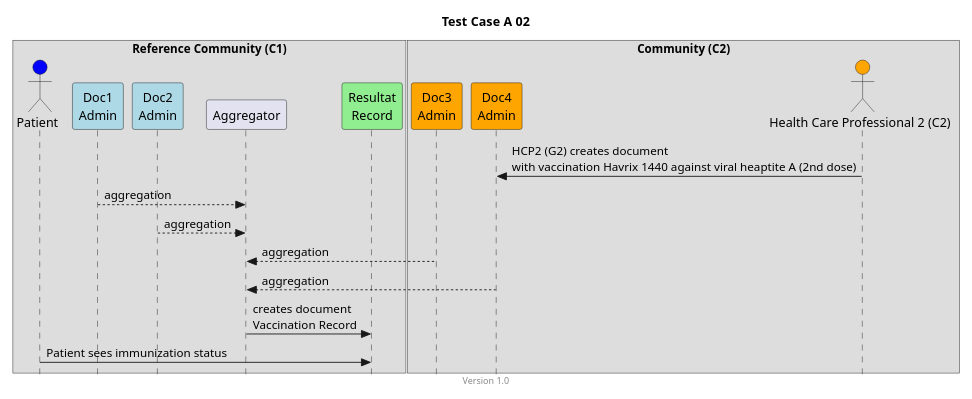
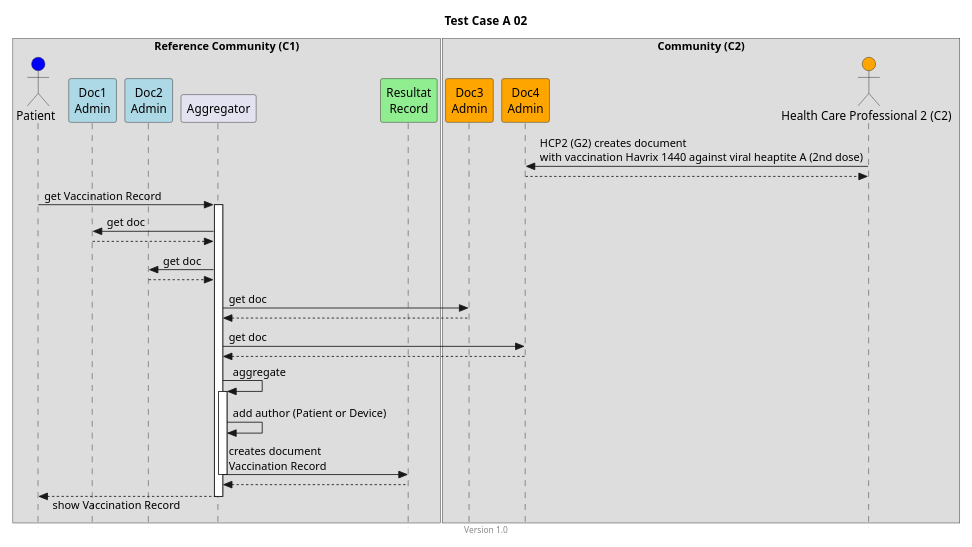
One commit to hl7ch/ch-vacd changed the diagram in input/images-source/TCA02.plantuml. Above: the diagram before and after it, drawn with PlantUML. The commit also changed 59 other files, not shown here.

Commit message:
#190 rework sequence diagrams fro TestCase Axy

```diff
--- a/input/images-source/TCA02.plantuml
+++ b/input/images-source/TCA02.plantuml
@@ -1,33 +1,50 @@
 @startuml
 title Test Case A 02
 footer Version 1.0
 skinparam responseMessageBelowArrow true
 skinparam style strictuml
 scale max 800 width
 
 
 box "Reference Community (C1)"
 actor "Patient" as PAT #blue
 participant "Doc1\nAdmin" as Doc1 #lightblue
 participant "Doc2\nAdmin" as Doc2  #lightblue
 participant Aggregator as AGG
 participant "Resultat\nRecord" as RES #lightgreen
 end box
 
 box "Community (C2)"
 participant "Doc3\nAdmin" as Doc3 #orange
 participant "Doc4\nAdmin" as Doc4 #orange
 actor "Health Care Professional 2 (C2)" as HCP2_C2 #orange
 end box
 
 HCP2_C2 -> Doc4: HCP2 (G2) creates document\nwith vaccination Havrix 1440 against viral heaptite A (2nd dose)
+HCP2_C2 <-- Doc4
 
-Doc1 --> AGG: aggregation
-Doc2 --> AGG: aggregation
-Doc3 --> AGG: aggregation
-Doc4 --> AGG: aggregation
-AGG -> RES: creates document\nVaccination Record 
-PAT -> RES: Patient sees immunization status
+PAT -> AGG: get Vaccination Record
+activate AGG
 
+AGG -> Doc1: get doc
+AGG <-- Doc1
+
+AGG -> Doc2: get doc
+AGG <-- Doc2
+
+AGG -> Doc3: get doc
+AGG <-- Doc3
+
+AGG -> Doc4: get doc
+AGG <-- Doc4
+
+AGG -> AGG: aggregate
+activate AGG
+AGG -> AGG: add author (Patient or Device)
+AGG -> RES: creates document\nVaccination Record
+deactivate AGG
+AGG <-- RES
+PAT <-- AGG: show Vaccination Record
+deactivate AGG
 
 @enduml
```
